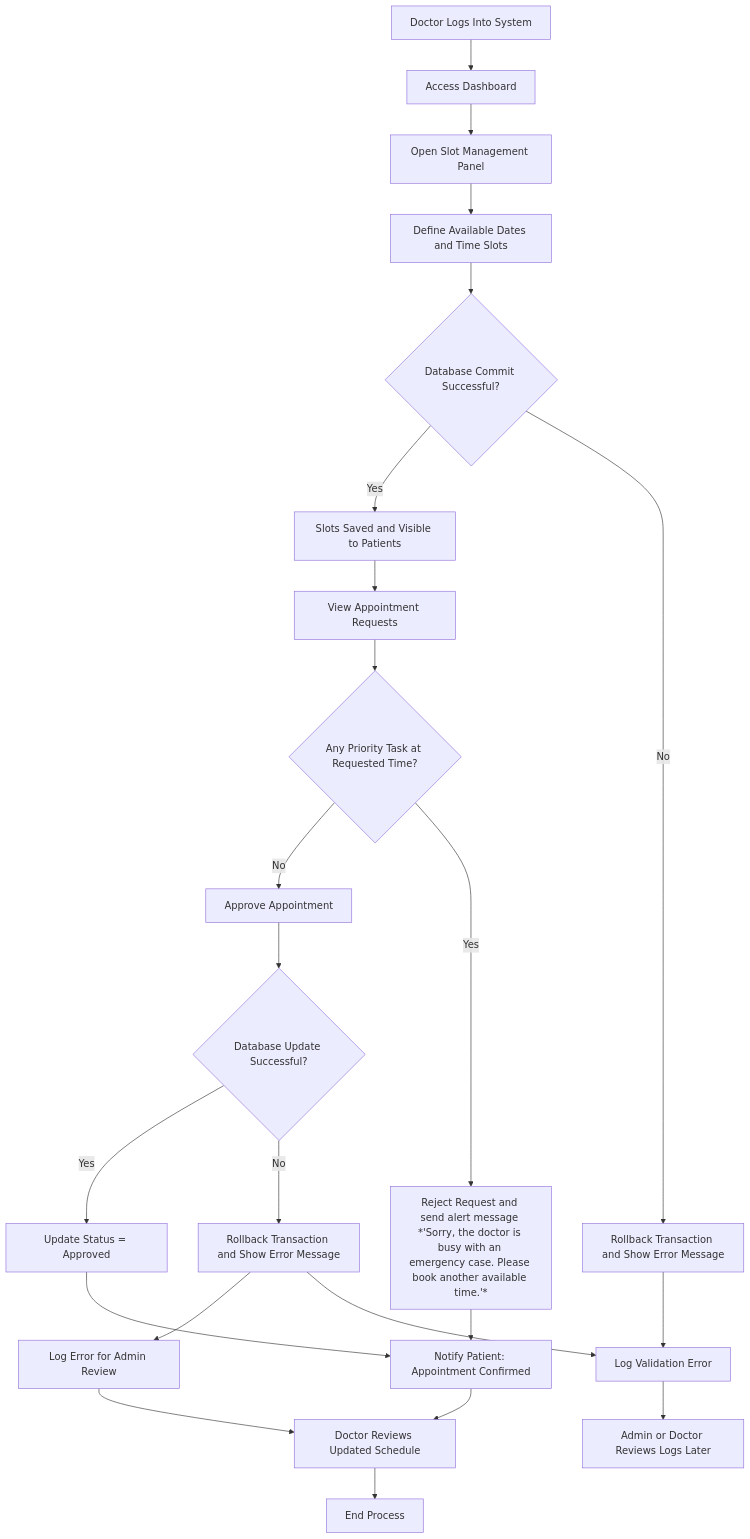
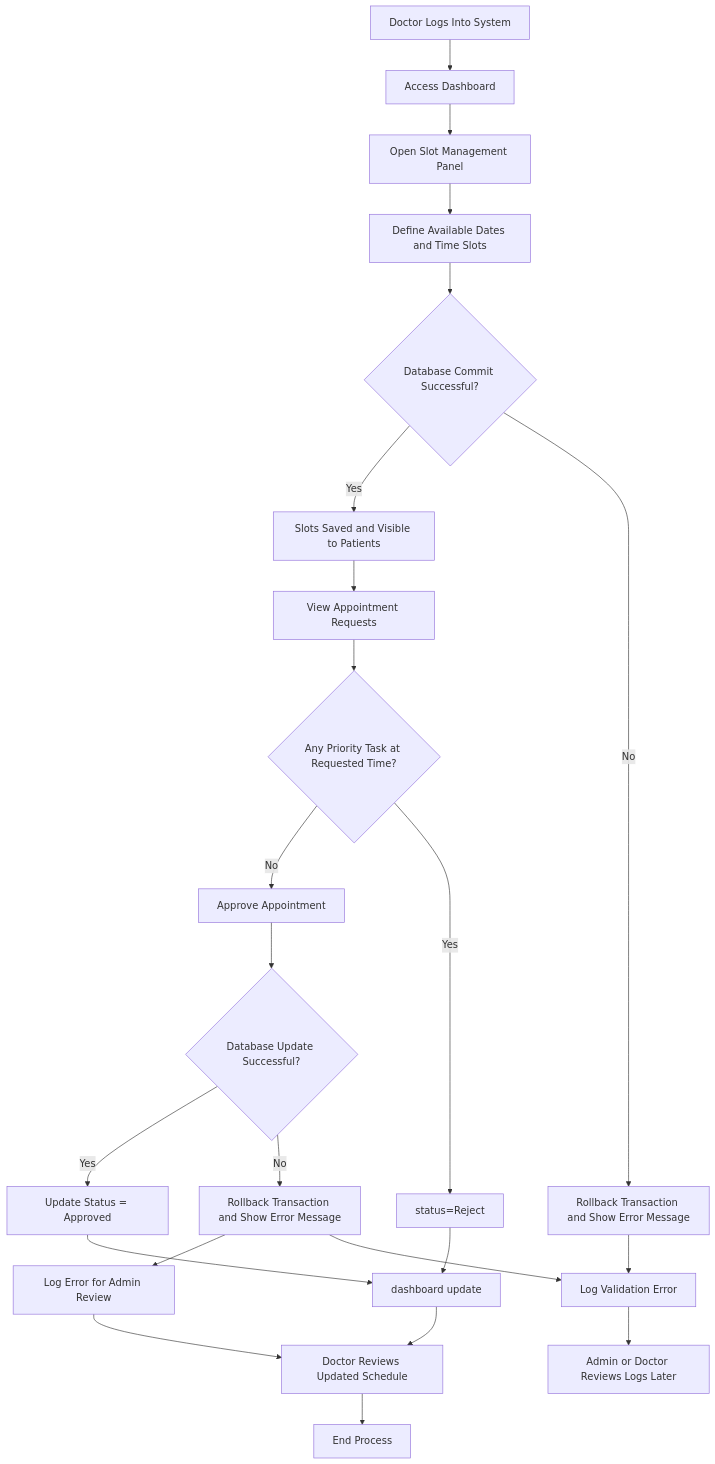
Before and after one commit to akshu-mishra/medilink: the second of 3 diagrams in docs/usecases.md, drawn with Mermaid. The commit also changed 18 other files, not shown here.

````diff
--- a/docs/usecases.md
+++ b/docs/usecases.md
@@ -76,33 +76,34 @@
 ```mermaid
 flowchart TD
     A["Doctor Logs Into System"] --> B["Access Dashboard"]
 
     B --> C["Open Slot Management Panel"]
     C --> D["Define Available Dates and Time Slots"]
     D --> H{"Database Commit Successful?"}
     H -->|Yes| I["Slots Saved and Visible to Patients"]
     H -->|No| J["Rollback Transaction and Show Error Message"]
 
     I --> K["View Appointment Requests"]
     K --> L{"Any Priority Task at Requested Time?"}
 
     L -->|No| M["Approve Appointment"]
-    L -->|Yes| N["Reject Request and send alert message *'Sorry, the doctor is busy with an emergency case. Please book another available time.'*"]
+    L -->|Yes| N["status=Reject"]
 
     M --> O{"Database Update Successful?"}
     O -->|Yes| P["Update Status = Approved"]
     O -->|No| Q["Rollback Transaction and Show Error Message"]
 
-    P --> S["Notify Patient: Appointment Confirmed"]
+
+    P --> S["dashboard update"]
     N --> S
 
     Q --> U["Log Error for Admin Review"]
     S --> V["Doctor Reviews Updated Schedule"]
     U --> V
 
     V --> W["End Process"]
 
     J --> X["Log Validation Error"]
     Q --> X
     X --> Y["Admin or Doctor Reviews Logs Later"]
 ```
````
